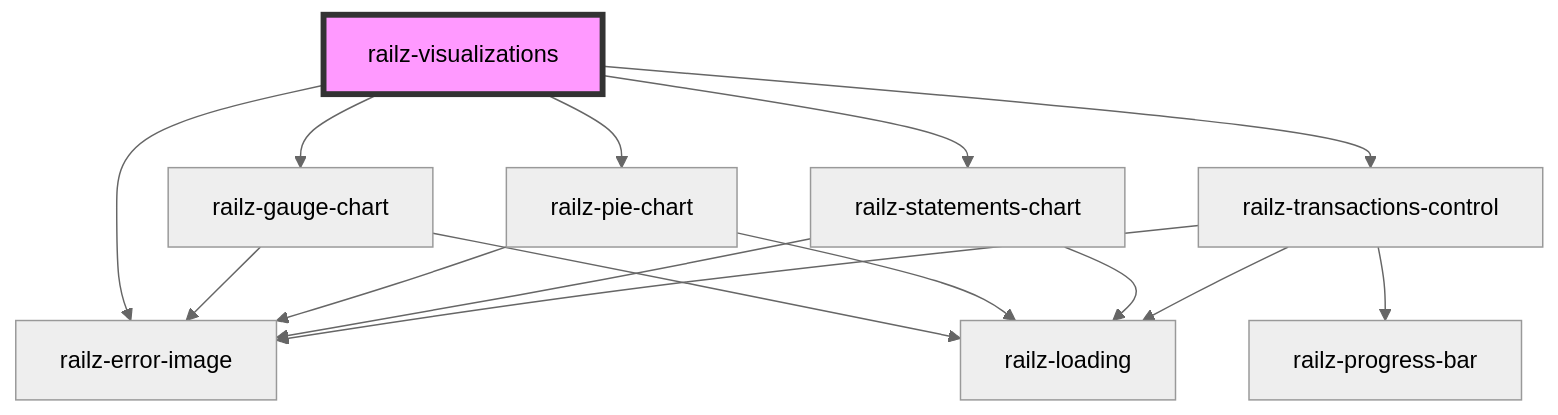
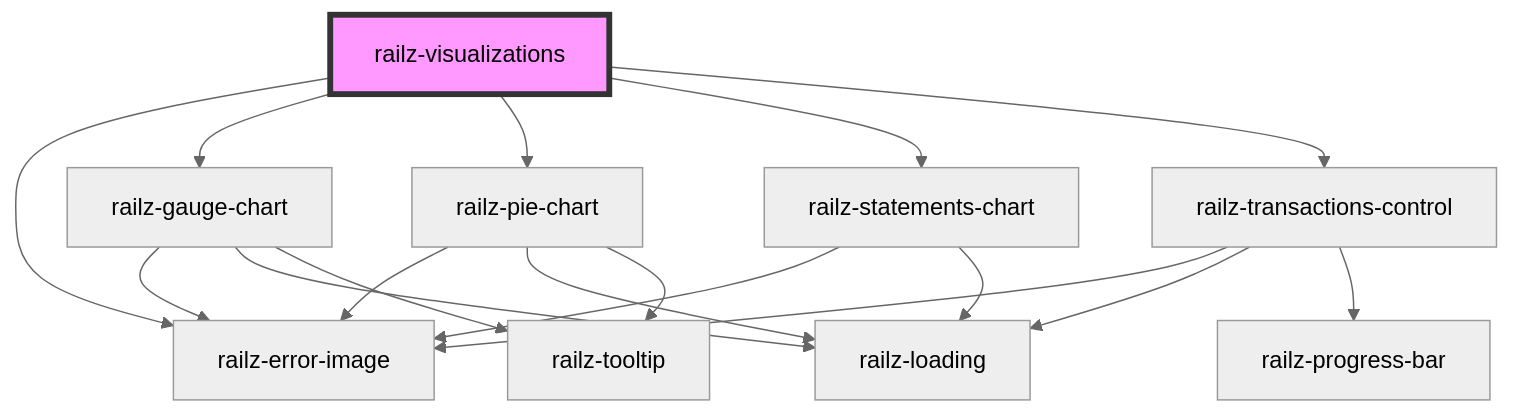
The diagram in packages/components/src/elements/core/readme.md (railz-ai/railz-visualizations), drawn with Mermaid (neutral theme) before and after one commit. The commit also changed 7 other files, not shown here.

````diff
--- a/packages/components/src/elements/core/readme.md
+++ b/packages/components/src/elements/core/readme.md
@@ -25,18 +25,20 @@
 ```mermaid
 graph TD;
   railz-visualizations --> railz-error-image
   railz-visualizations --> railz-gauge-chart
   railz-visualizations --> railz-pie-chart
   railz-visualizations --> railz-statements-chart
   railz-visualizations --> railz-transactions-control
   railz-gauge-chart --> railz-error-image
   railz-gauge-chart --> railz-loading
+  railz-gauge-chart --> railz-tooltip
   railz-pie-chart --> railz-error-image
   railz-pie-chart --> railz-loading
+  railz-pie-chart --> railz-tooltip
   railz-statements-chart --> railz-error-image
   railz-statements-chart --> railz-loading
   railz-transactions-control --> railz-error-image
   railz-transactions-control --> railz-loading
   railz-transactions-control --> railz-progress-bar
   style railz-visualizations fill:#f9f,stroke:#333,stroke-width:4px
 ```
````
